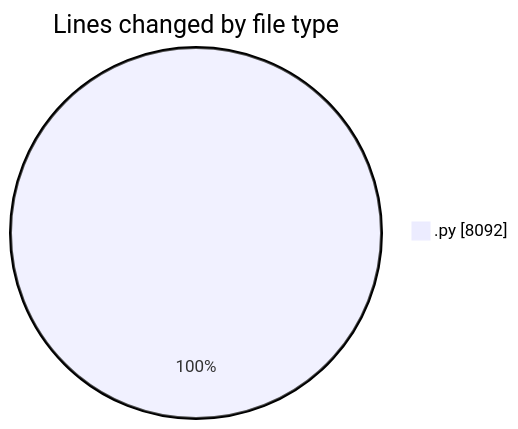
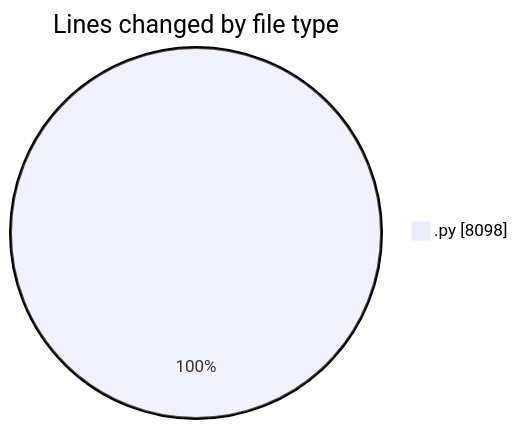
Before and after one commit to MatusMokan/code-tracking: the first of 2 diagrams in 2025-04-18/myws__workspace_/README.md, drawn with Mermaid. The commit also changed other lines of this file and 1 other file, not shown here.

````diff
--- a/2025-04-18/myws__workspace_/README.md
+++ b/2025-04-18/myws__workspace_/README.md
@@ -27,5 +27,5 @@
 ```mermaid
 pie showData
 title Lines changed by file type
-".py" : 8092
+".py" : 8098
 ```
````
